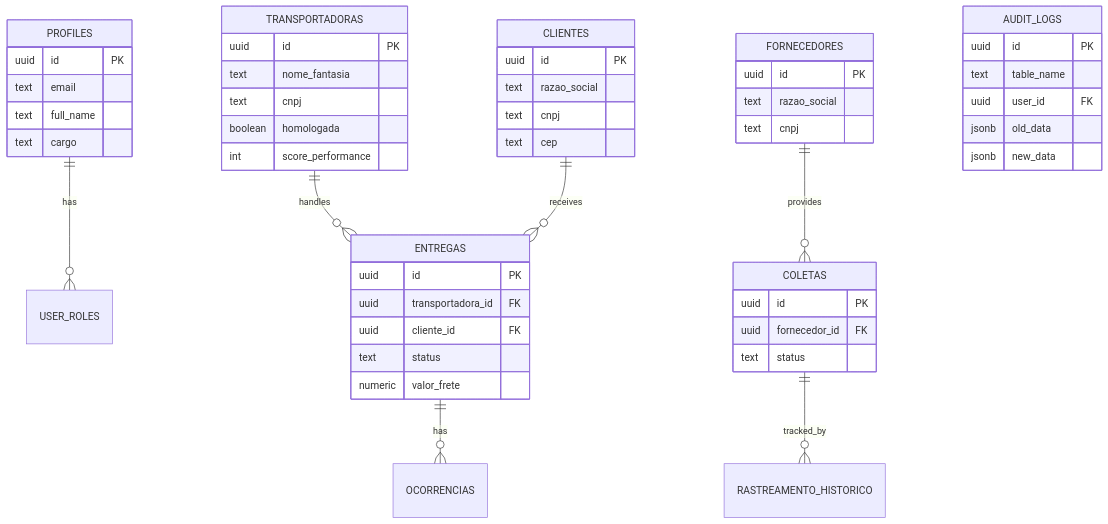
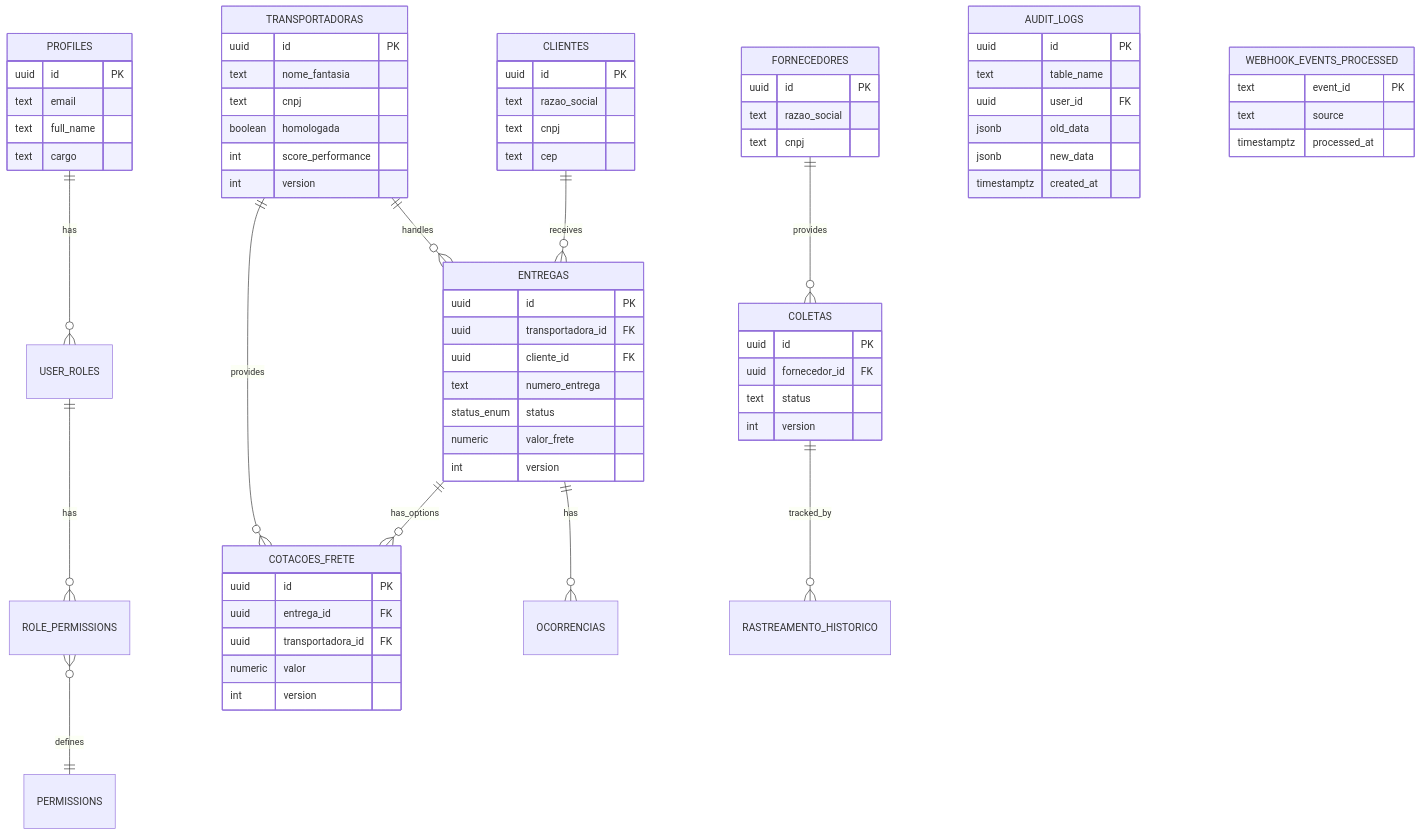
The diagram in docs/ER_DIAGRAM.md (adm01-debug/Loggi_Flow_V2), drawn with Mermaid before and after one commit.

````diff
--- a/docs/ER_DIAGRAM.md
+++ b/docs/ER_DIAGRAM.md
@@ -3,58 +3,82 @@
 ```mermaid
 erDiagram
     PROFILES ||--o{ USER_ROLES : has
     PROFILES {
         uuid id PK
         text email
         text full_name
         text cargo
     }
     
+    USER_ROLES ||--o{ ROLE_PERMISSIONS : has
+    ROLE_PERMISSIONS }o--|| PERMISSIONS : defines
+
     TRANSPORTADORAS ||--o{ ENTREGAS : handles
+    TRANSPORTADORAS ||--o{ COTACOES_FRETE : provides
     TRANSPORTADORAS {
         uuid id PK
         text nome_fantasia
         text cnpj
         boolean homologada
         int score_performance
+        int version
     }
     
     CLIENTES ||--o{ ENTREGAS : receives
     CLIENTES {
         uuid id PK
         text razao_social
         text cnpj
         text cep
     }
     
     FORNECEDORES ||--o{ COLETAS : provides
     FORNECEDORES {
         uuid id PK
         text razao_social
         text cnpj
     }
     
     ENTREGAS ||--o{ OCORRENCIAS : has
+    ENTREGAS ||--o{ COTACOES_FRETE : has_options
     ENTREGAS {
         uuid id PK
         uuid transportadora_id FK
         uuid cliente_id FK
-        text status
+        text numero_entrega
+        status_enum status
         numeric valor_frete
+        int version
     }
     
+    COTACOES_FRETE {
+        uuid id PK
+        uuid entrega_id FK
+        uuid transportadora_id FK
+        numeric valor
+        int version
+    }
+
     COLETAS ||--o{ RASTREAMENTO_HISTORICO : tracked_by
     COLETAS {
         uuid id PK
         uuid fornecedor_id FK
         text status
+        int version
     }
     
     AUDIT_LOGS {
         uuid id PK
         text table_name
         uuid user_id FK
         jsonb old_data
         jsonb new_data
+        timestamptz created_at
+    }
+
+    WEBHOOK_EVENTS_PROCESSED {
+        text event_id PK
+        text source
+        timestamptz processed_at
     }
 ```
````
